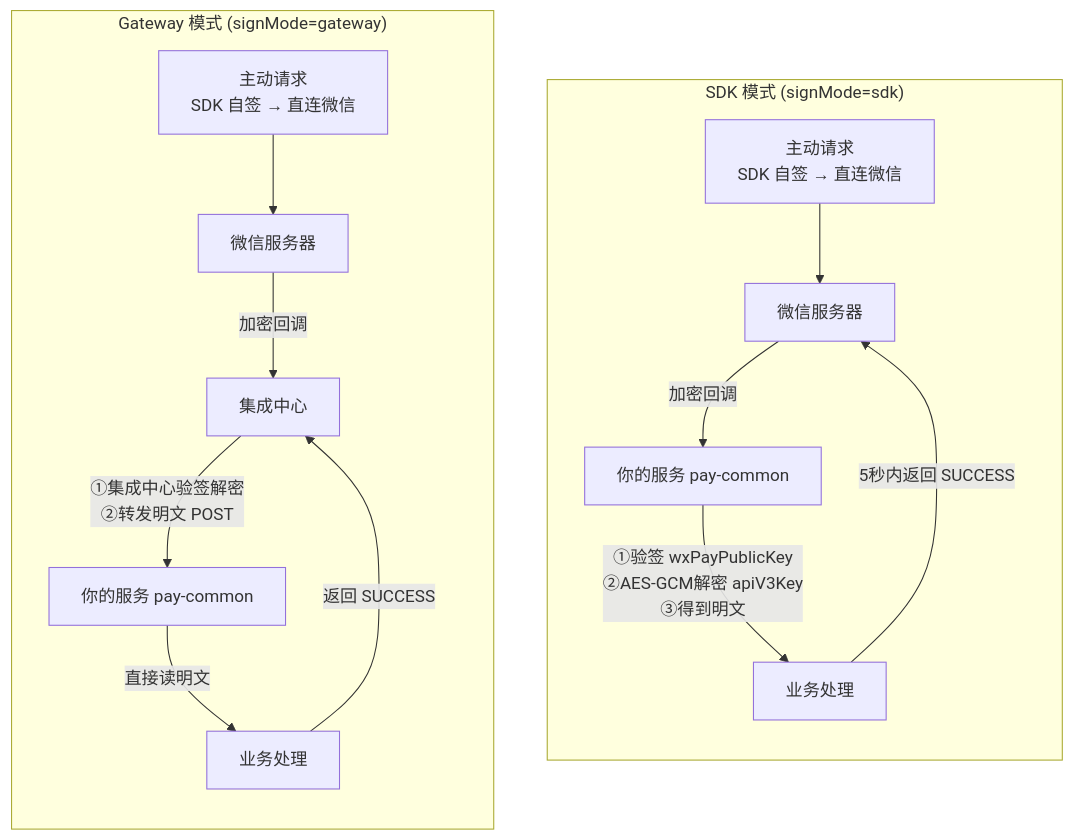
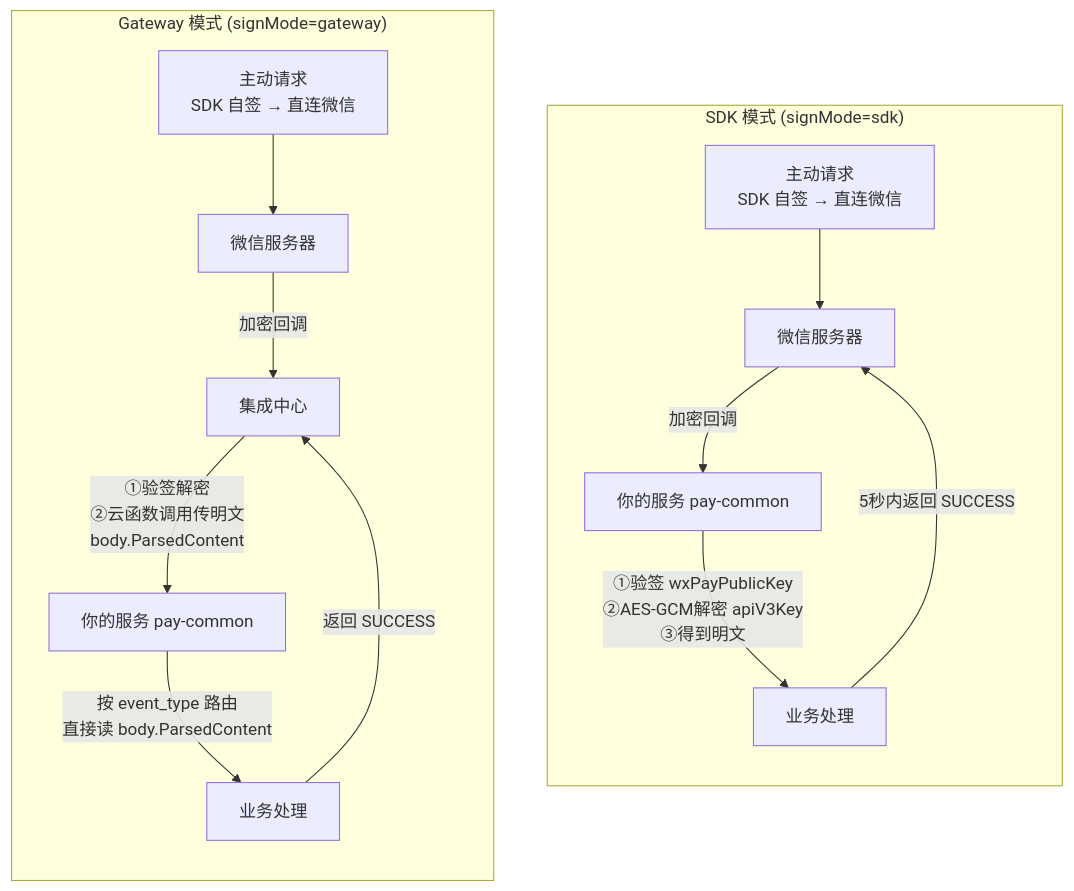
The third of 4 diagrams in integration/cloudbase-wx-pay/skill/cloudbase-wechatpay/assets/architecture.md (TencentCloudBase/awesome-cloudbase-examples), drawn with Mermaid before and after one commit. The commit also changed 8 other files, not shown here.

````diff
--- a/integration/cloudbase-wx-pay/skill/cloudbase-wechatpay/assets/architecture.md
+++ b/integration/cloudbase-wx-pay/skill/cloudbase-wechatpay/assets/architecture.md
@@ -97,19 +97,19 @@
 ```mermaid
 graph TB
     subgraph SDK["SDK 模式 (signMode=sdk)"]
         direction TB
         SDK_REQ["主动请求<br/>SDK 自签 → 直连微信"] --> WXS
         WXS["微信服务器"] -->|"加密回调"| SDK_CB
         SDK_CB["你的服务 pay-common"] -->|"①验签 wxPayPublicKey<br/>②AES-GCM解密 apiV3Key<br/>③得到明文"| SDK_BIZ
         SDK_BIZ["业务处理"] -->|"5秒内返回 SUCCESS"| WXS
     end
 
     subgraph GW["Gateway 模式 (signMode=gateway)"]
         direction TB
         GW_REQ["主动请求<br/>SDK 自签 → 直连微信"] --> WXG
         WXG["微信服务器"] -->|"加密回调"| IC
-        IC["集成中心"] -->|"①集成中心验签解密<br/>②转发明文 POST"| GW_CB
-        GW_CB["你的服务 pay-common"] -->|"直接读明文"| GW_BIZ
+        IC["集成中心"] -->|"①验签解密<br/>②云函数调用传明文<br/>body.ParsedContent"| GW_CB
+        GW_CB["你的服务 pay-common"] -->|"按 event_type 路由<br/>直接读 body.ParsedContent"| GW_BIZ
         GW_BIZ["业务处理"] -->|"返回 SUCCESS"| IC
     end
 ```
````
